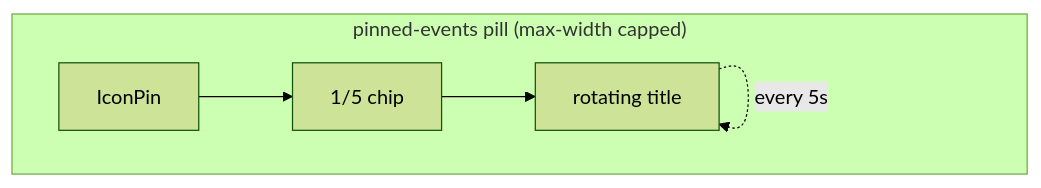
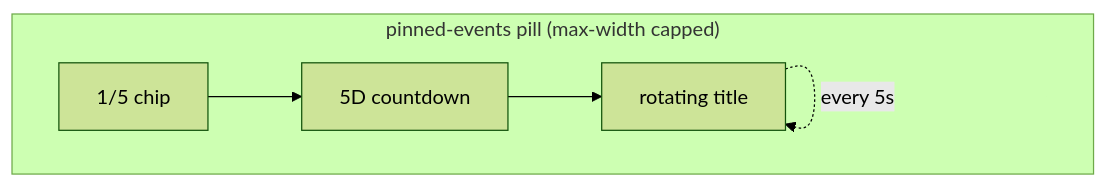
The diagram in docs/pinned-events.md (oncloudnintynineone-source/cloudy2), drawn with Mermaid (forest theme) before and after one commit. The commit also changed other lines of this file and 11 other files, not shown here.

Commit message:
Pinned ticker: drop pin icon, move count chip, add days countdown

````diff
--- a/docs/pinned-events.md
+++ b/docs/pinned-events.md
@@ -72,8 +77,8 @@
 ```mermaid
 flowchart LR
   subgraph pill["pinned-events pill (max-width capped)"]
  direction LR
- I["IconPin"] --> C["1/5 chip"] --> T["rotating title"]
+ C["1/5 chip"] --> D["5D countdown"] --> T["rotating title"]
   end
   T -. every 5s .-> T
 ```
````
